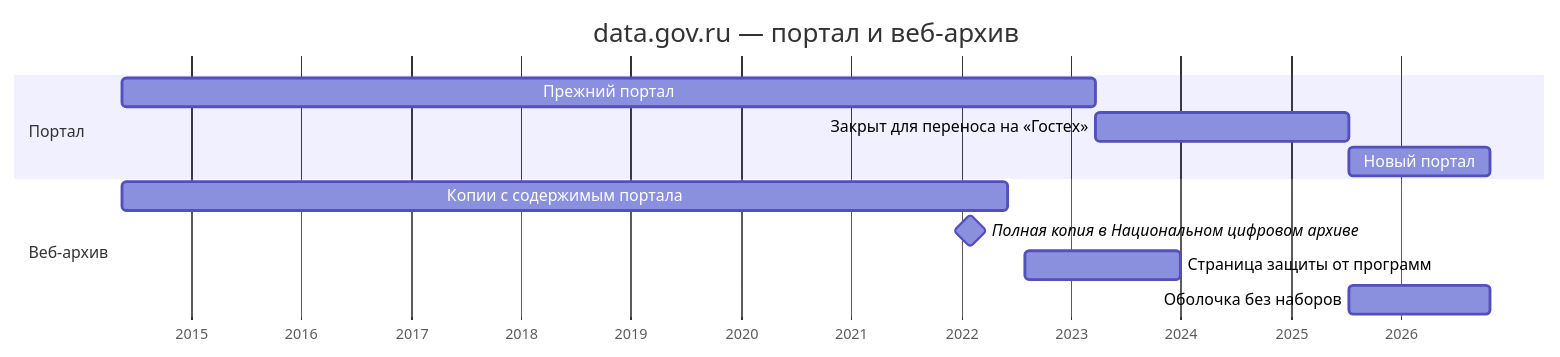
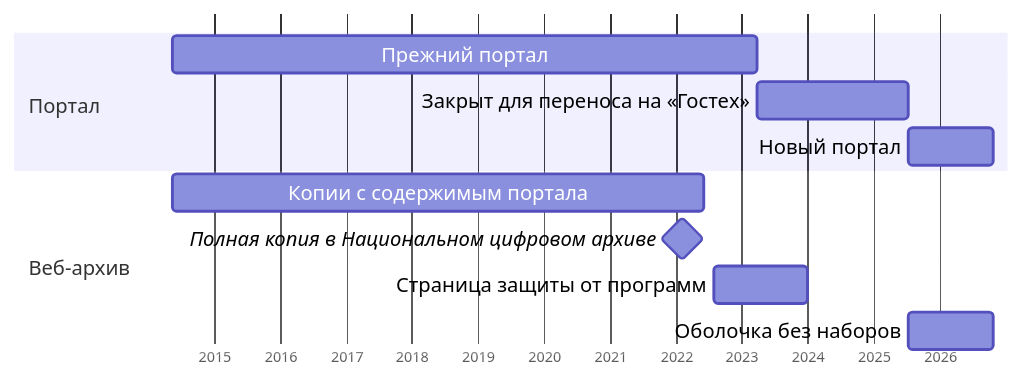
Before and after one commit to ivbeg/data-inventory: the second of 2 diagrams in docs/04-sources/06-legacy.md, drawn with Mermaid. The commit also changed other lines of this file and 34 other files, not shown here.

First line of the commit message:
Читаемая карта от продукта и единый размер схем в PDF

````diff
--- a/docs/04-sources/06-legacy.md
+++ b/docs/04-sources/06-legacy.md
@@ -207,16 +215,28 @@
 ```mermaid
+---
+config:
+  gantt:
+    useWidth: 700
+    fontSize: 14
+    sectionFontSize: 14
+    barHeight: 26
+    barGap: 6
+    leftPadding: 110
+    rightPadding: 20
+    topPadding: 40
+  themeCSS: ".tick text { font-size: 14px; }"
+---
 gantt
-  title data.gov.ru — портал и веб-архив
   dateFormat YYYY-MM-DD
   axisFormat %Y
   todayMarker off
   section Портал
   Прежний портал :p1, 2014-05-16, 2023-03-24
   Закрыт для переноса на «Гостех» :p2, 2023-03-24, 2025-07-15
   Новый портал :p3, 2025-07-15, 2026-10-25
   section Веб-архив
   Копии с содержимым портала :a1, 2014-05-16, 2022-06-04
   Полная копия в Национальном цифровом архиве :milestone, m1, 2022-02-02, 0d
   Страница защиты от программ :a2, 2022-08-03, 2023-12-31
   Оболочка без наборов :a3, 2025-07-15, 2026-10-25
 ```
````
